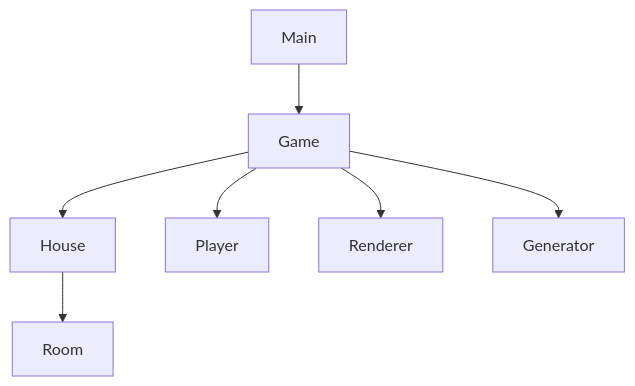
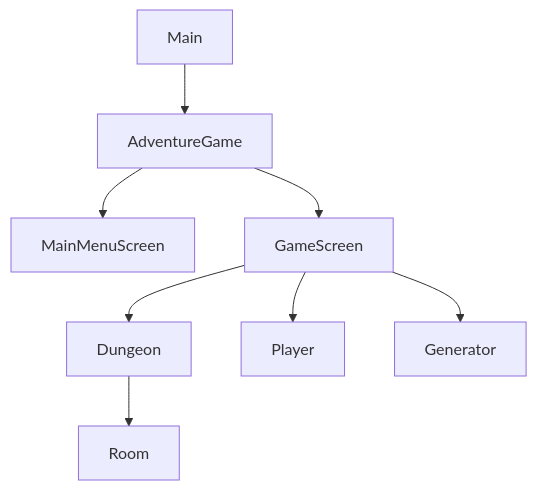
One commit to RealMyrdn/adventure_maven changed the diagram in README.md. Above: the diagram before and after it, drawn with Mermaid. The commit also changed other lines of this file, not shown here.

Commit message:
Update README for LibGDX migration and main menu

````diff
--- a/README.md
+++ b/README.md
@@ -7,9 +7,10 @@
 ```mermaid
 graph TD;
-    Main-->Game;
-    Game-->House;
-    Game-->Player;
-    Game-->Renderer;
-    Game-->Generator;
-    House-->Room
+    Main-->AdventureGame;
+    AdventureGame-->MainMenuScreen;
+    AdventureGame-->GameScreen;
+    GameScreen-->Dungeon;
+    GameScreen-->Player;
+    GameScreen-->Generator;
+    Dungeon-->Room
 ```
````
